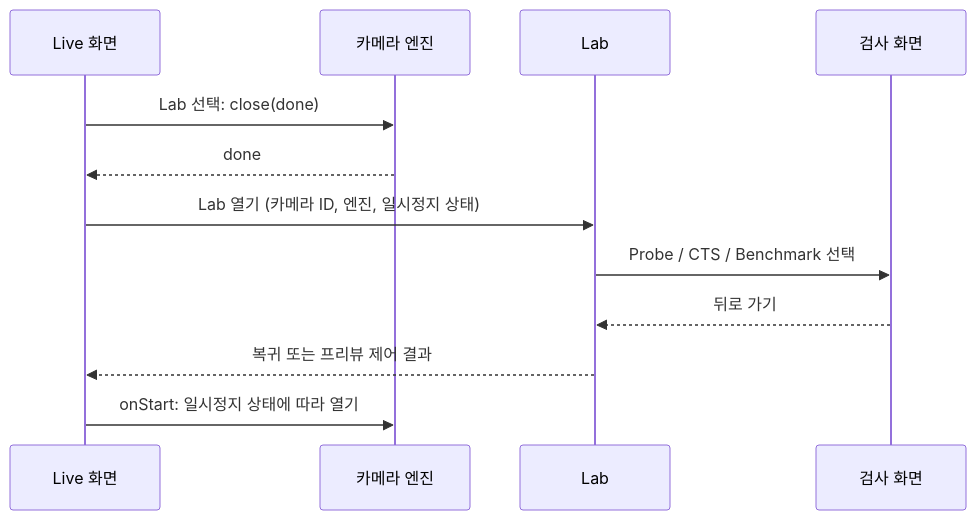
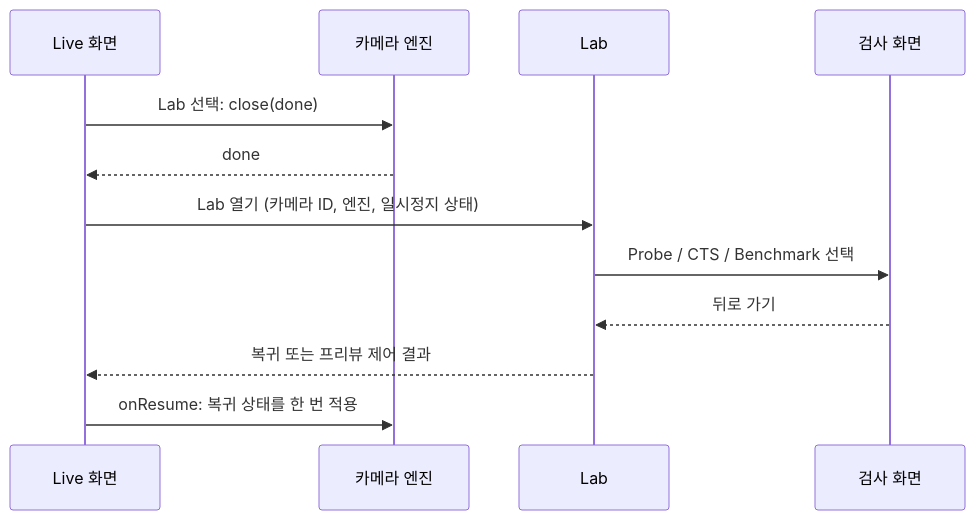
Before and after one commit to TTolsun/hal-camera: the second of 3 diagrams in docs/design/APP-UI.md, drawn with Mermaid. The commit also changed other lines of this file and 25 other files, not shown here.

````diff
--- a/docs/design/APP-UI.md
+++ b/docs/design/APP-UI.md
@@ -115,14 +115,14 @@
 ```mermaid
 sequenceDiagram
     participant L as Live 화면
     participant E as 카메라 엔진
     participant W as Lab
     participant T as 검사 화면
     L->>E: Lab 선택: close(done)
     E-->>L: done
     L->>W: Lab 열기 (카메라 ID, 엔진, 일시정지 상태)
     W->>T: Probe / CTS / Benchmark 선택
     T-->>W: 뒤로 가기
     W-->>L: 복귀 또는 프리뷰 제어 결과
-    L->>E: onStart: 일시정지 상태에 따라 열기
+    L->>E: onResume: 복귀 상태를 한 번 적용
 ```
````
